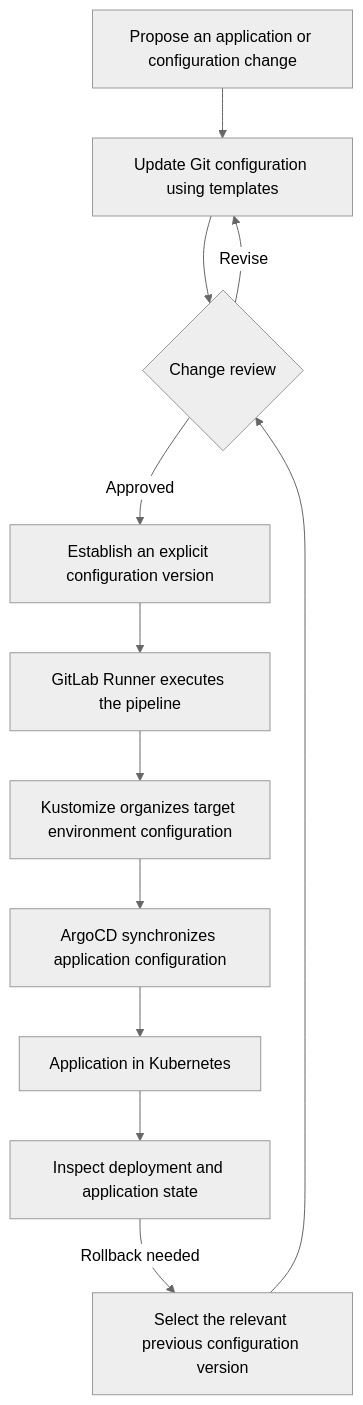
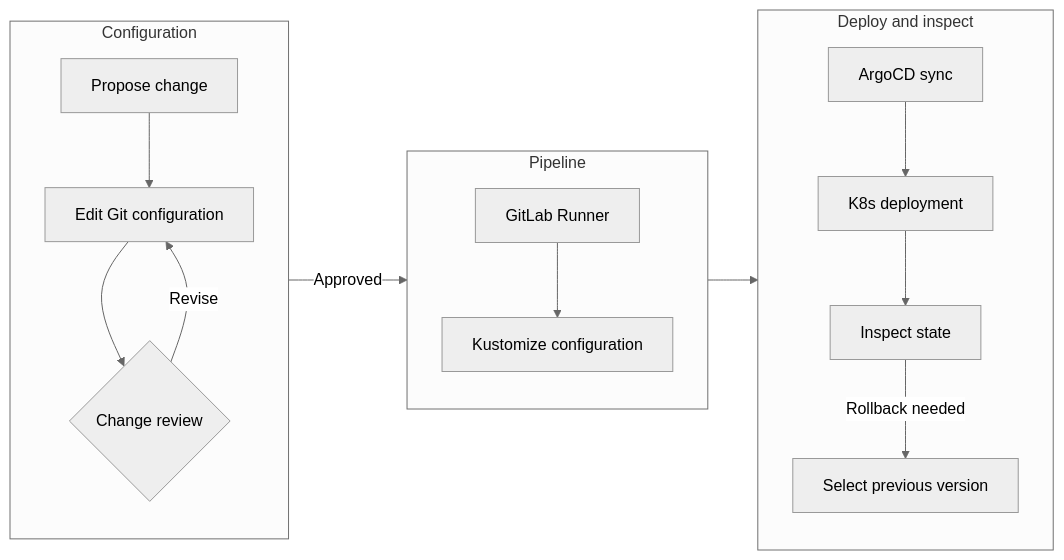
The first of 2 diagrams in content/en/cases/enterprise-gitops-platform.md (cytlabs/personal-site), drawn with Mermaid (neutral theme) before and after one commit. The commit also changed other lines of this file and 17 other files, not shown here.

First line of the commit message:
统一图表排版、主题和大图查看 (#15)

````diff
--- a/content/en/cases/enterprise-gitops-platform.md
+++ b/content/en/cases/enterprise-gitops-platform.md
@@ -17,14 +17,18 @@
 ```mermaid
-flowchart TD
-    A["Propose an application or configuration change"] --> B["Update Git configuration using templates"]
-    B --> C{"Change review"}
-    C -->|Revise| B
-    C -->|Approved| D["Establish an explicit configuration version"]
-    D --> E["GitLab Runner executes the pipeline"]
-    E --> F["Kustomize organizes target environment configuration"]
-    F --> G["ArgoCD synchronizes application configuration"]
-    G --> H["Application in Kubernetes"]
-    H --> I["Inspect deployment and application state"]
-    I -->|Rollback needed| J["Select the relevant previous configuration version"]
-    J --> C
+flowchart LR
+    subgraph CONFIG["Configuration"]
+        direction TB
+        A["Propose change"] --> B["Edit Git configuration"] --> C{"Change review"}
+        C -->|Revise| B
+    end
+    subgraph PIPE["Pipeline"]
+        direction TB
+        D["GitLab Runner"] --> E["Kustomize configuration"]
+    end
+    subgraph DEPLOY["Deploy and inspect"]
+        direction TB
+        F["ArgoCD sync"] --> G["K8s deployment"] --> H["Inspect state"]
+        H -->|Rollback needed| R["Select previous version"]
+    end
+    CONFIG -->|Approved| PIPE --> DEPLOY
 ```
````
